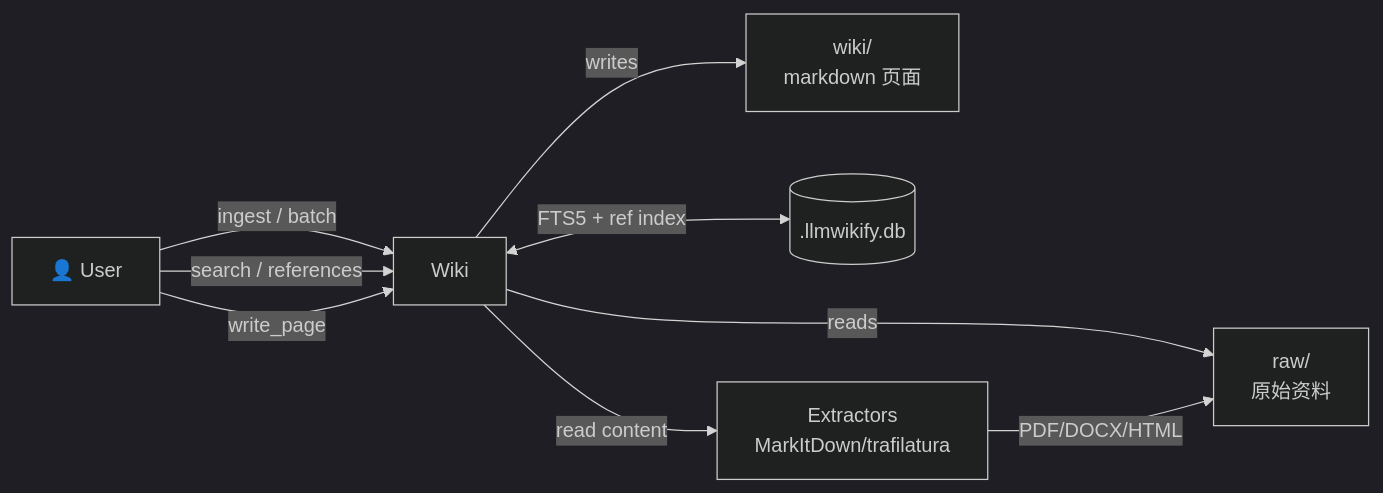
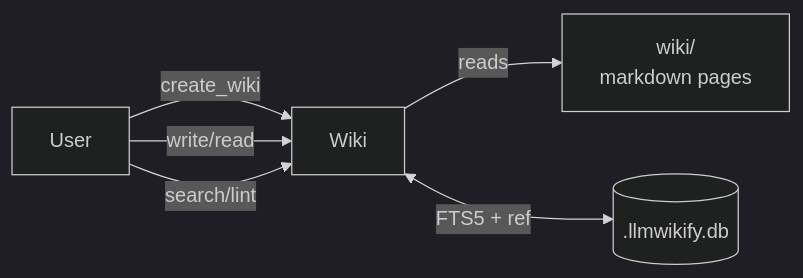
Before and after one commit to sn0wfree/llmwikify: the first of 3 diagrams in docs/TUTORIAL.md, drawn with Mermaid (dark theme). The commit also changed other lines of this file and 16 other files, not shown here.

````diff
--- a/docs/TUTORIAL.md
+++ b/docs/TUTORIAL.md
@@ -220,11 +39,8 @@
 ```mermaid
 graph LR
-    User[👤 User] -->|ingest / batch| Wiki
-    User -->|search / references| Wiki
-    User -->|write_page| Wiki
-    Wiki -->|reads| Raw[raw/<br/>原始资料]
-    Wiki -->|writes| MD[wiki/<br/>markdown 页面]
-    Wiki <-->|FTS5 + ref index| DB[(.llmwikify.db)]
-    Wiki -->|read content| Ext[Extractors<br/>MarkItDown/trafilatura]
-    Ext -->|PDF/DOCX/HTML| Raw
+    User[User] -->|create_wiki| Wiki
+    User -->|write/read| Wiki
+    User -->|search/lint| Wiki
+    Wiki -->|reads| MD[wiki/<br/>markdown pages]
+    Wiki <-->|FTS5 + ref| DB[(.llmwikify.db)]
 ```
````
